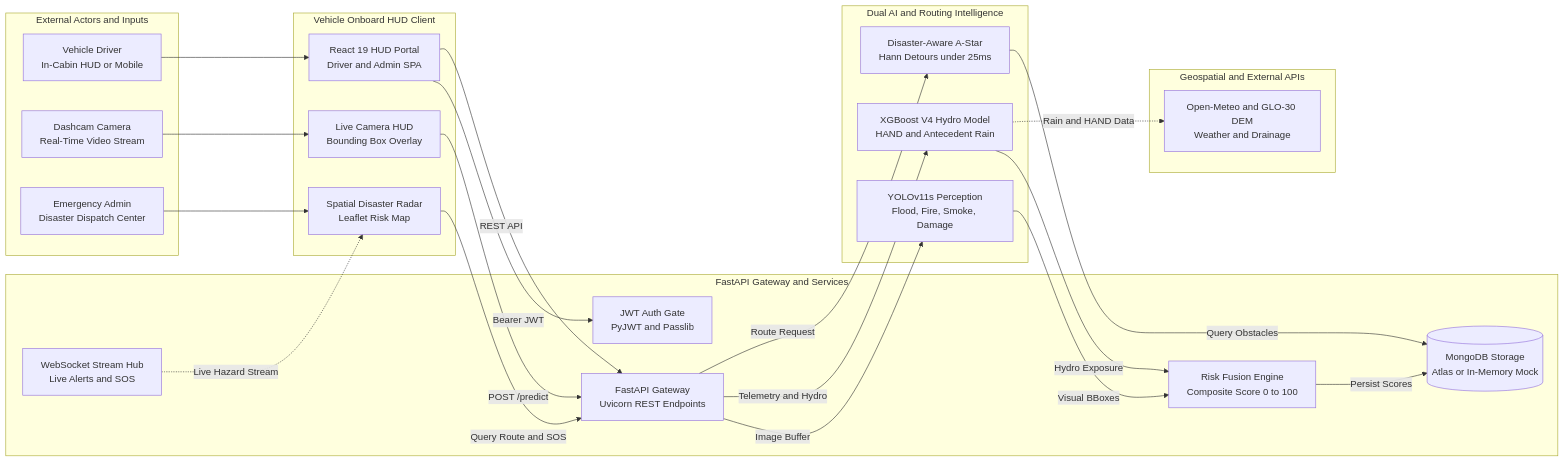
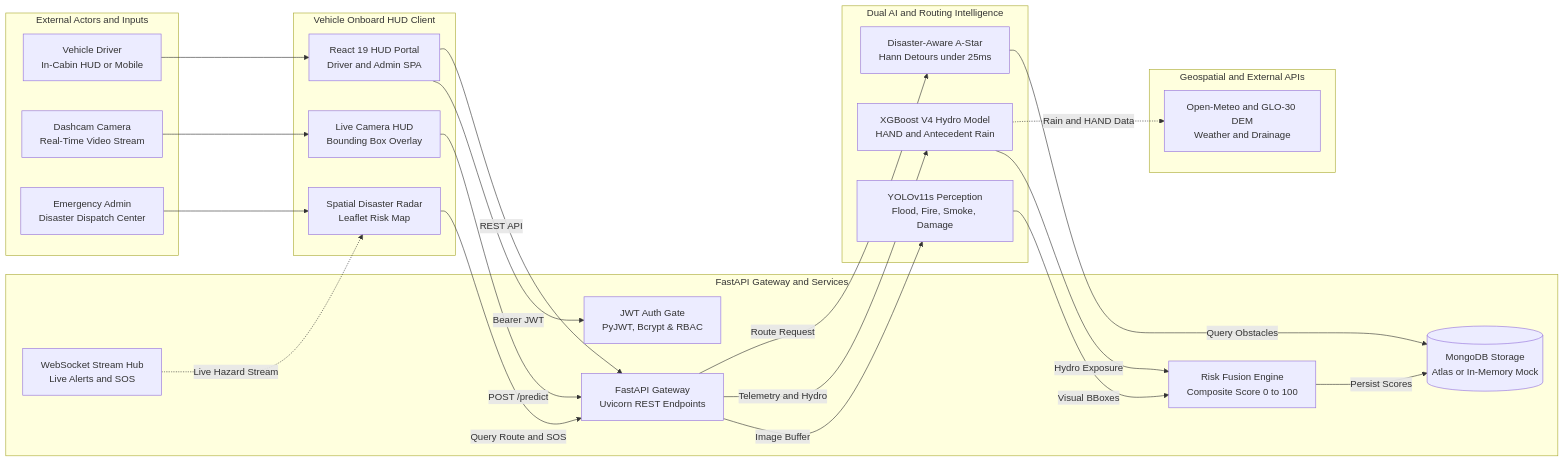
The diagram in README.md (NagarajuMudhiraj/-KLH-CSE-2026-27-ADAS1-disastergaurd), drawn with Mermaid before and after one commit. The commit also changed other lines of this file and 8 other files, not shown here.

Commit message:
docs: synchronize README and Archify architecture with defensive security hardening

````diff
--- a/README.md
+++ b/README.md
@@ -130,52 +131,52 @@
 ```mermaid
 flowchart LR
     subgraph INGRESS["External Actors and Inputs"]
         DRIVER["Vehicle Driver<br/>In-Cabin HUD or Mobile"]
         CAMERA["Dashcam Camera<br/>Real-Time Video Stream"]
         ADMIN["Emergency Admin<br/>Disaster Dispatch Center"]
     end
 
     subgraph CLIENT["Vehicle Onboard HUD Client"]
         HUD["React 19 HUD Portal<br/>Driver and Admin SPA"]
         CAM_HUD["Live Camera HUD<br/>Bounding Box Overlay"]
         RADAR["Spatial Disaster Radar<br/>Leaflet Risk Map"]
     end
 
     subgraph GATEWAY_TIER["FastAPI Gateway and Services"]
-        AUTH["JWT Auth Gate<br/>PyJWT and Passlib"]
+        AUTH["JWT Auth Gate<br/>PyJWT, Bcrypt & RBAC"]
         GATEWAY["FastAPI Gateway<br/>Uvicorn REST Endpoints"]
         WS["WebSocket Stream Hub<br/>Live Alerts and SOS"]
         FUSION["Risk Fusion Engine<br/>Composite Score 0 to 100"]
         DB[("MongoDB Storage<br/>Atlas or In-Memory Mock")]
     end
 
     subgraph AI_ENGINES["Dual AI and Routing Intelligence"]
         YOLO["YOLOv11s Perception<br/>Flood, Fire, Smoke, Damage"]
         XGB["XGBoost V4 Hydro Model<br/>HAND and Antecedent Rain"]
         ASTAR["Disaster-Aware A-Star<br/>Hann Detours under 25ms"]
     end
 
     subgraph EXTERNAL["Geospatial and External APIs"]
         GEO["Open-Meteo and GLO-30 DEM<br/>Weather and Drainage"]
     end
 
     DRIVER --> HUD
     CAMERA --> CAM_HUD
     ADMIN --> RADAR
 
     HUD -->|Bearer JWT| AUTH
     HUD -->|REST API| GATEWAY
     CAM_HUD -->|POST /predict| GATEWAY
     RADAR -->|Query Route and SOS| GATEWAY
     WS -.->|Live Hazard Stream| RADAR
 
     GATEWAY -->|Image Buffer| YOLO
     GATEWAY -->|Telemetry and Hydro| XGB
     GATEWAY -->|Route Request| ASTAR
 
     YOLO -->|Visual BBoxes| FUSION
     XGB -->|Hydro Exposure| FUSION
     FUSION -->|Persist Scores| DB
     ASTAR -->|Query Obstacles| DB
     XGB -.->|Rain and HAND Data| GEO
 ```
````
